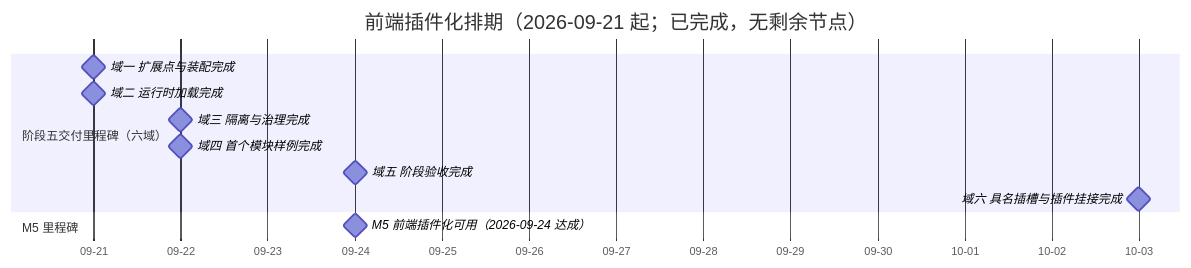
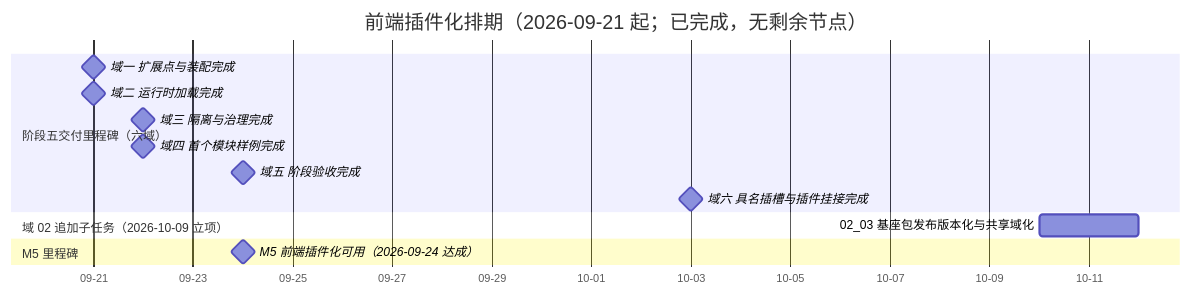
The diagram in bms文档/项目/05_前端插件化/计划/01_计划_前端插件化.md (minjian123/basic-management-system), drawn with Mermaid before and after one commit. The commit also changed other lines of this file and 5 other files, not shown here.

````diff
--- a/bms文档/项目/05_前端插件化/计划/01_计划_前端插件化.md
+++ b/bms文档/项目/05_前端插件化/计划/01_计划_前端插件化.md
@@ -45,15 +46,17 @@
 ```mermaid
 gantt
     title 前端插件化排期（2026-09-21 起；已完成，无剩余节点）
     dateFormat  YYYY-MM-DD
     axisFormat %m-%d
     section 阶段五交付里程碑（六域）
     域一 扩展点与装配完成 :milestone, m01, 2026-09-21, 0d
     域二 运行时加载完成 :milestone, m02, 2026-09-21, 0d
     域三 隔离与治理完成 :milestone, m03, 2026-09-22, 0d
     域四 首个模块样例完成 :milestone, m04, 2026-09-22, 0d
     域五 阶段验收完成 :milestone, m05, 2026-09-24, 0d
     域六 具名插槽与插件挂接完成 :milestone, m06, 2026-10-03, 0d
+    section 域 02 追加子任务（2026-10-09 立项）
+    02_03 基座包发布版本化与共享域化 :a0203, 2026-10-10, 2d
     section M5 里程碑
     M5 前端插件化可用（2026-09-24 达成） :milestone, mm5, 2026-09-24, 0d
 ```
````
